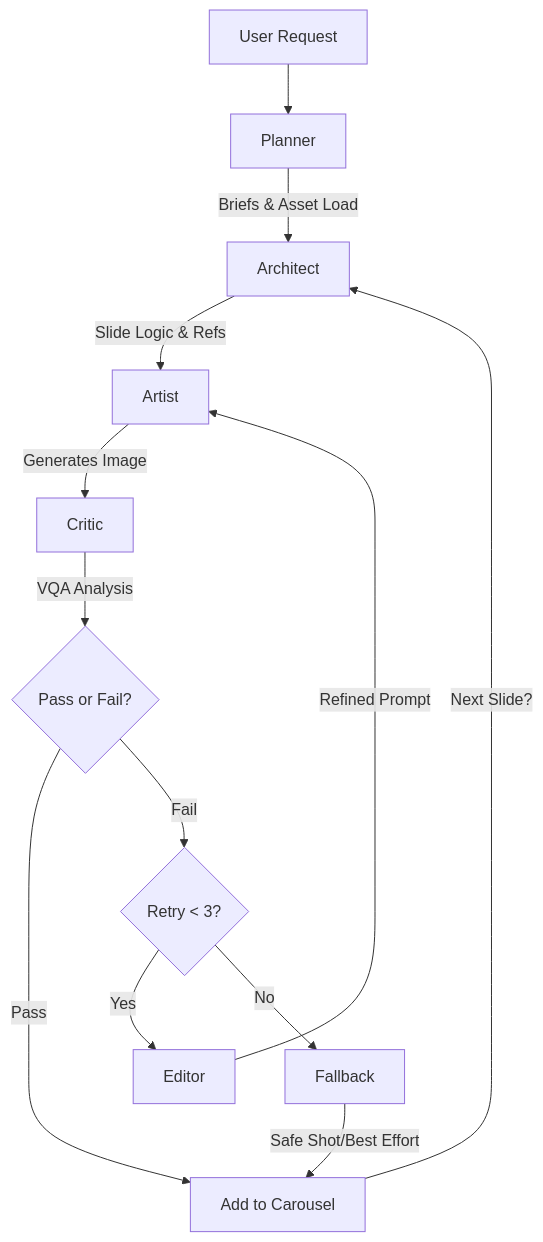
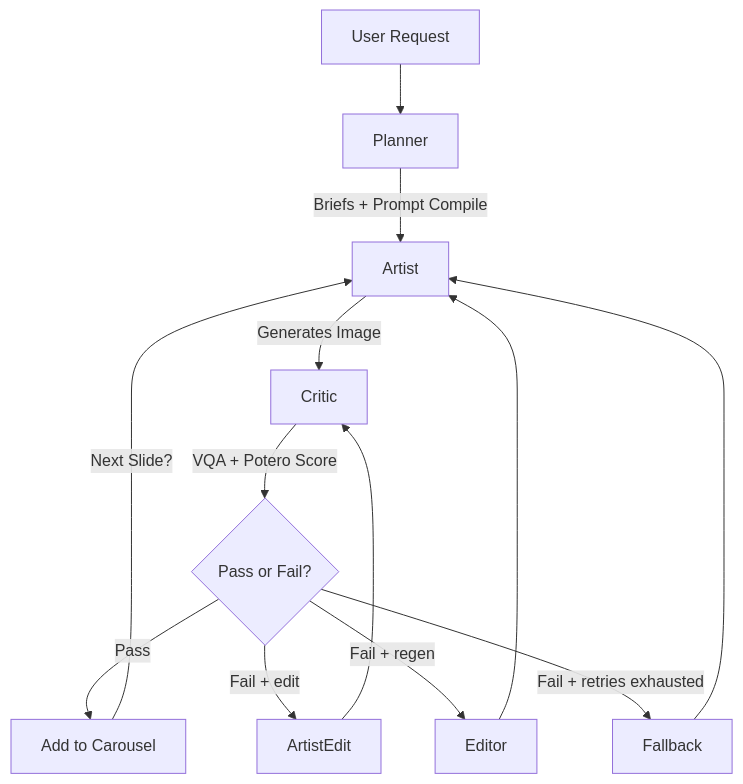
One commit to iletti/potero-autocontent changed the diagram in agents.md. Above: the diagram before and after it, drawn with Mermaid. The commit also changed other lines of this file and 59 other files, not shown here.

````diff
--- a/agents.md
+++ b/agents.md
@@ -35,20 +35,19 @@
 ```mermaid
 graph TD
     Start[User Request] --> Planner
-    Planner -->|Briefs & Asset Load| Architect
-    Architect -->|Slide Logic & Refs| Artist
+    Planner -->|Briefs + Prompt Compile| Artist
     Artist -->|Generates Image| Critic
-    
-    Critic -->|VQA Analysis| Decision{Pass or Fail?}
-    
+    Critic -->|VQA + Potero Score| Decision{Pass or Fail?}
+
     Decision -- Pass --> Delivery[Add to Carousel]
-    Delivery -->|Next Slide?| Architect
-    
-    Decision -- Fail --> CheckRetry{Retry < 3?}
-    CheckRetry -- Yes --> Editor
-    Editor -->|Refined Prompt| Artist
-    
-    CheckRetry -- No --> Fallback
-    Fallback -->|Safe Shot/Best Effort| Delivery
+    Delivery -->|Next Slide?| Artist
 
+    Decision -- Fail + edit --> ArtistEdit
+    ArtistEdit --> Critic
+
+    Decision -- Fail + regen --> Editor
+    Editor --> Artist
+
+    Decision -- Fail + retries exhausted --> Fallback
+    Fallback --> Artist
 ```
````
